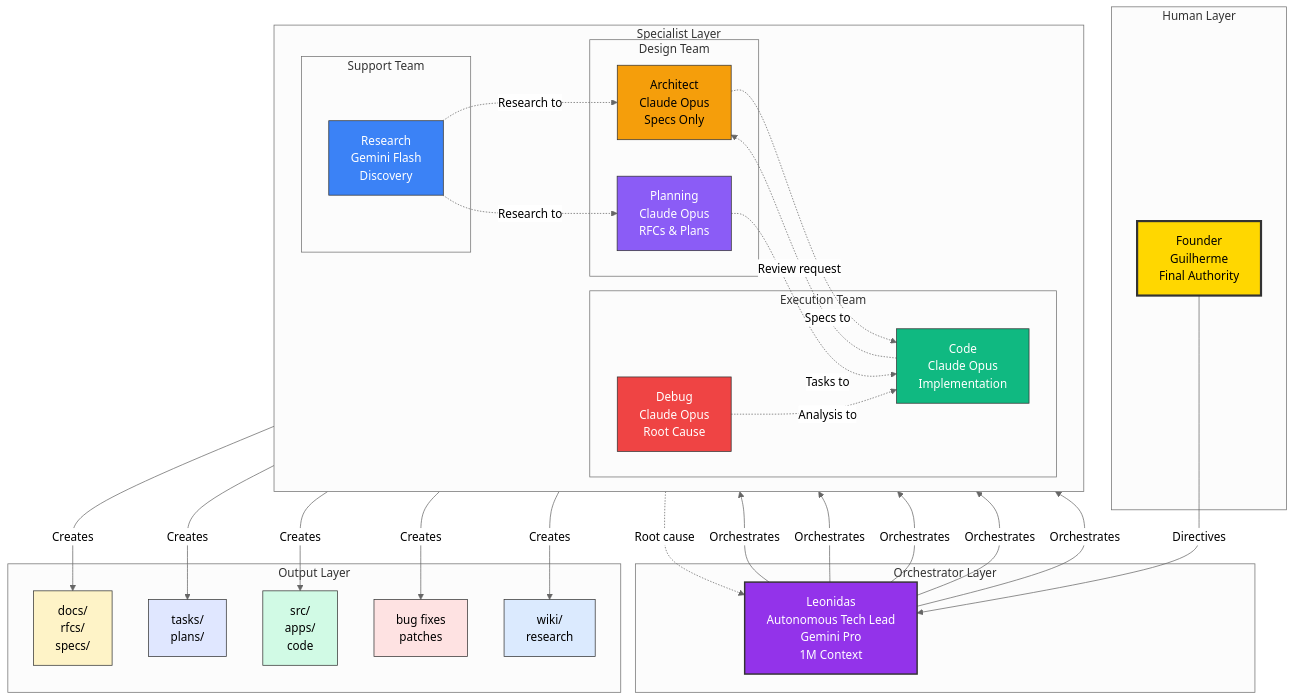
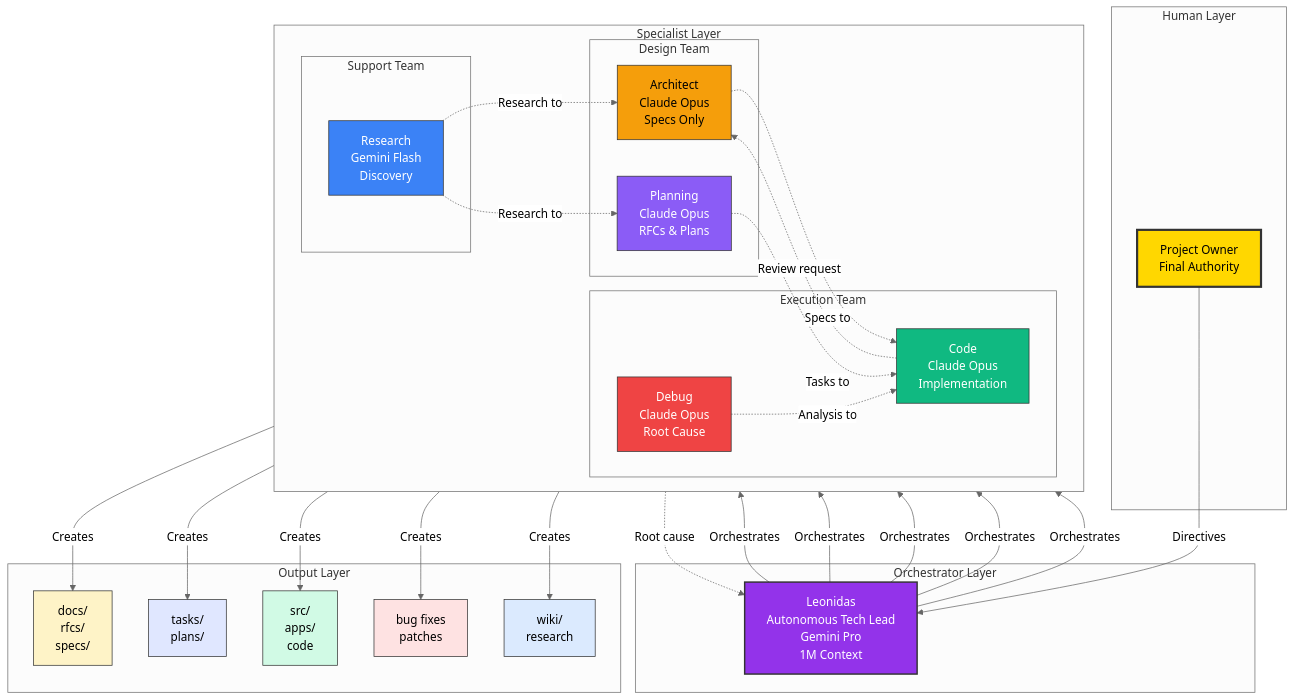
The diagram in .opencode/specs/diagrams/agent-hierarchy.mmd (nonexphere/opencode-template), drawn with Mermaid (neutral theme) before and after one commit. The commit also changed 31 other files, not shown here.

```diff
--- a/.opencode/specs/diagrams/agent-hierarchy.mmd
+++ b/.opencode/specs/diagrams/agent-hierarchy.mmd
@@ -1,85 +1,85 @@
 %% Agent Hierarchy and Delegation Flow
-%% File: .opencode/docs/diagrams/agent-hierarchy.mmd
-%% Generated: 2026-01-06
+%% File: .opencode/specs/diagrams/agent-hierarchy.mmd
+%% Generated: 2026-01-07
 
 flowchart TD
     subgraph HumanLayer["Human Layer"]
-        F[Founder<br/>Guilherme<br/>Final Authority]
+        F[Project Owner<br/>Final Authority]
     end
 
     subgraph OrchestratorLayer["Orchestrator Layer"]
         L[Leonidas<br/>Autonomous Tech Lead<br/>Gemini Pro<br/>1M Context]
     end
 
     subgraph SpecialistLayer["Specialist Layer"]
         direction LR
         
         subgraph DesignTeam["Design Team"]
             A[Architect<br/>Claude Opus<br/>Specs Only]
             P[Planning<br/>Claude Opus<br/>RFCs & Plans]
         end
         
         subgraph ExecutionTeam["Execution Team"]
             C[Code<br/>Claude Opus<br/>Implementation]
             D[Debug<br/>Claude Opus<br/>Root Cause]
         end
         
         subgraph SupportTeam["Support Team"]
             R[Research<br/>Gemini Flash<br/>Discovery]
         end
     end
 
     subgraph OutputLayer["Output Layer"]
         DOCS[docs/<br/>rfcs/<br/>specs/]
         TASKS[tasks/<br/>plans/]
         SRC[src/<br/>apps/<br/>code]
         BUGS[bug fixes<br/>patches]
         WIKI[wiki/<br/>research]
     end
 
     %% Hierarchy connections
     F -->|"Directives"| L
     L -->|"Orchestrates"| A & P & C & D & R
 
     %% Output connections
     A -->|"Creates"| DOCS
     P -->|"Creates"| TASKS
     C -->|"Creates"| SRC
     D -->|"Creates"| BUGS
     R -->|"Creates"| WIKI
 
     %% Cross-agent communication
     A -.->|"Specs to"| C
     P -.->|"Tasks to"| C
     D -.->|"Analysis to"| C
     R -.->|"Research to"| A & P
 
     %% Feedback loops
     C -.->|"Review request"| A
     D -.->|"Root cause"| L
     
     %% Styling
     style F fill:#FFD700,stroke:#333,stroke-width:3px,color:#000
     style L fill:#9333EA,stroke:#333,stroke-width:2px,color:#fff
     style A fill:#F59E0B,stroke:#333,color:#000
     style P fill:#8B5CF6,stroke:#333,color:#fff
     style C fill:#10B981,stroke:#333,color:#fff
     style R fill:#3B82F6,stroke:#333,color:#fff
     style D fill:#EF4444,stroke:#333,color:#fff
     
     style DOCS fill:#FEF3C7,stroke:#333,color:#000
     style TASKS fill:#E0E7FF,stroke:#333,color:#000
     style SRC fill:#D1FAE5,stroke:#333,color:#000
     style BUGS fill:#FEE2E2,stroke:#333,color:#000
     style WIKI fill:#DBEAFE,stroke:#333,color:#000
 
 %% Agent Selection Matrix
 %% 
 %% | Task Type                    | Agent     | Model        |
 %% |------------------------------|-----------|--------------|
 %% | Architecture, Design, RFCs   | architect | Claude Opus  |
 %% | Strategic Planning           | planning  | Claude Opus  |
 %% | Implementation, Refactoring  | code      | Claude Opus  |
 %% | Research, Exploration        | research  | Gemini Flash |
 %% | Debugging, Root Cause        | debug     | Claude Opus  |
 %% | Multi-step Orchestration     | leonidas  | Gemini Pro   |
```
